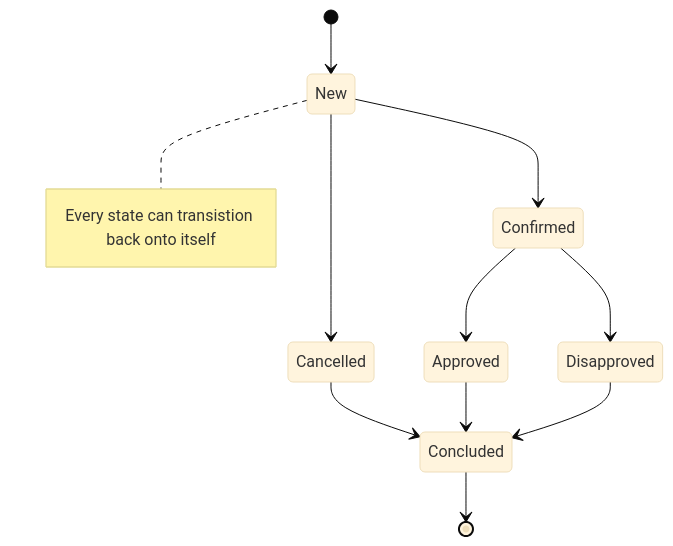
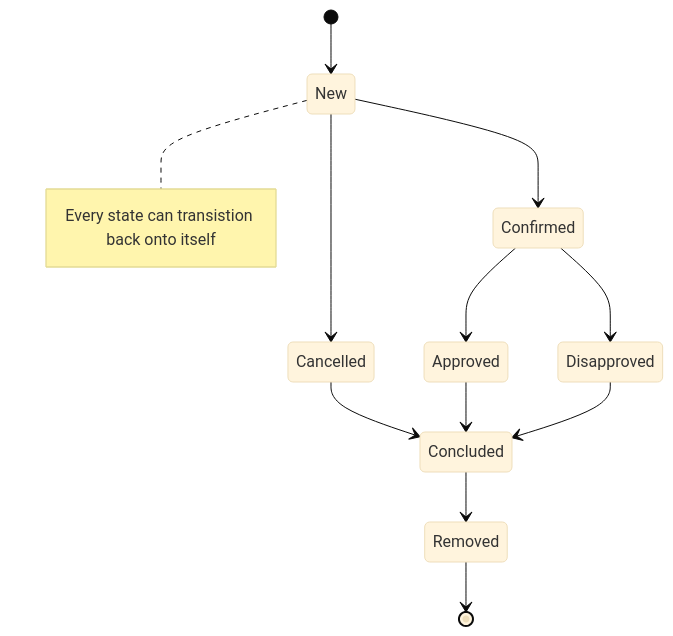
Before and after one commit to fankersmit/Authorisations: the diagram in documentation/restapis.md, drawn with Mermaid (base theme). The commit also changed other lines of this file and 16 other files, not shown here.

````diff
--- a/documentation/restapis.md
+++ b/documentation/restapis.md
@@ -63,16 +63,17 @@
 ```mermaid
 stateDiagram
     [*] --> New
-    Concluded --> [*]
+    Removed --> [*]
 
     New --> Confirmed
     note right of New 
       Every state can transistion back onto itself
     end note   
     New --> Cancelled
     Confirmed --> Approved
     Confirmed --> Disapproved
     Cancelled --> Concluded
     Approved --> Concluded
     Disapproved --> Concluded
+    Concluded --> Removed
 ```
````
